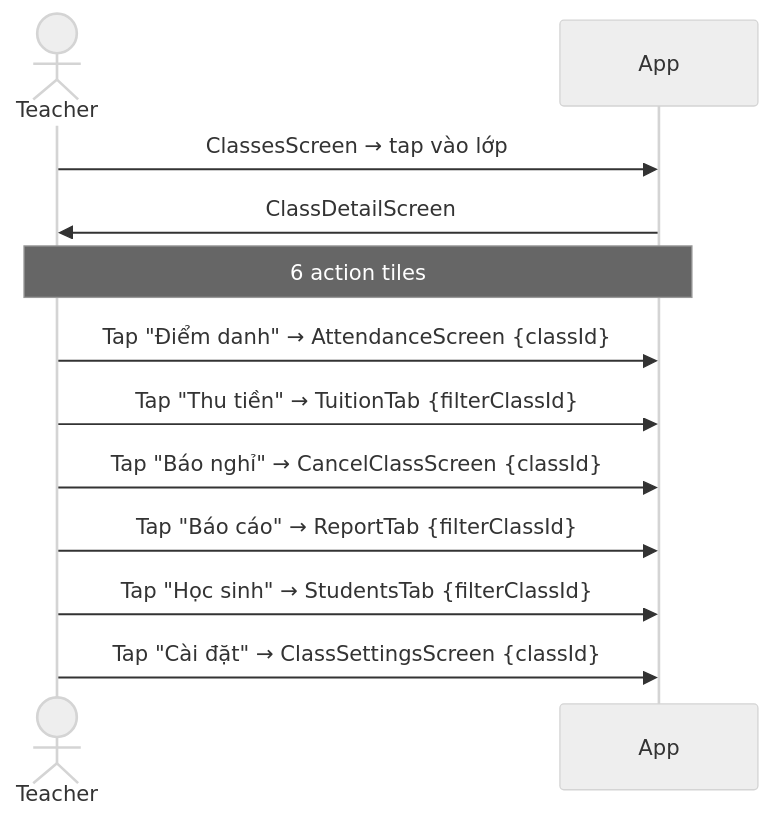
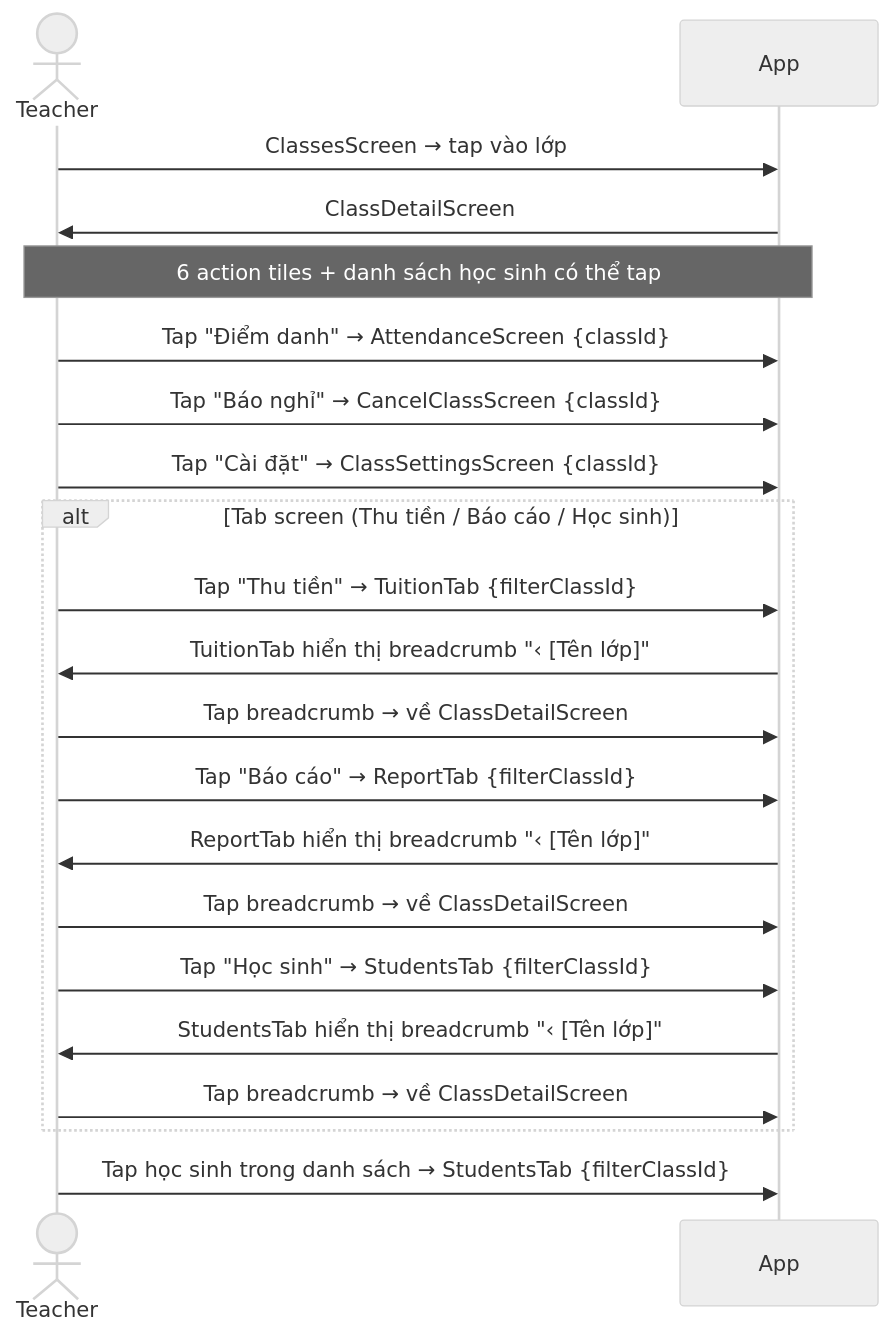
Before and after one commit to tungtaoday/daythem: the fourth of 14 diagrams in docs/UX_FLOWS.md, drawn with Mermaid (neutral theme). The commit also changed other lines of this file and 5 other files, not shown here.

First line of the commit message:
fix: UX luong quan ly lop — breadcrumb, ClassSettings that, them hoc sinh inline

````diff
--- a/docs/UX_FLOWS.md
+++ b/docs/UX_FLOWS.md
@@ -87,16 +87,29 @@
 ```mermaid
 sequenceDiagram
     actor Teacher
     participant App
 
     Teacher->>App: ClassesScreen → tap vào lớp
     App->>Teacher: ClassDetailScreen
-    Note over App,Teacher: 6 action tiles
+    Note over App,Teacher: 6 action tiles + danh sách học sinh có thể tap
 
     Teacher->>App: Tap "Điểm danh" → AttendanceScreen {classId}
-    Teacher->>App: Tap "Thu tiền" → TuitionTab {filterClassId}
     Teacher->>App: Tap "Báo nghỉ" → CancelClassScreen {classId}
-    Teacher->>App: Tap "Báo cáo" → ReportTab {filterClassId}
-    Teacher->>App: Tap "Học sinh" → StudentsTab {filterClassId}
     Teacher->>App: Tap "Cài đặt" → ClassSettingsScreen {classId}
+
+    alt Tab screen (Thu tiền / Báo cáo / Học sinh)
+        Teacher->>App: Tap "Thu tiền" → TuitionTab {filterClassId}
+        App->>Teacher: TuitionTab hiển thị breadcrumb "‹ [Tên lớp]"
+        Teacher->>App: Tap breadcrumb → về ClassDetailScreen
+
+        Teacher->>App: Tap "Báo cáo" → ReportTab {filterClassId}
+        App->>Teacher: ReportTab hiển thị breadcrumb "‹ [Tên lớp]"
+        Teacher->>App: Tap breadcrumb → về ClassDetailScreen
+
+        Teacher->>App: Tap "Học sinh" → StudentsTab {filterClassId}
+        App->>Teacher: StudentsTab hiển thị breadcrumb "‹ [Tên lớp]"
+        Teacher->>App: Tap breadcrumb → về ClassDetailScreen
+    end
+
+    Teacher->>App: Tap học sinh trong danh sách → StudentsTab {filterClassId}
 ```
````
